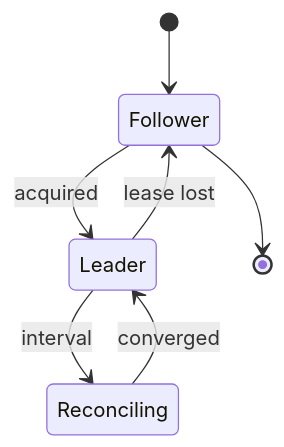
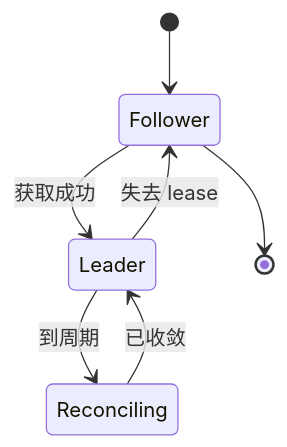
One commit to HSPK/tinyray changed the first of 2 diagrams in docs/03-modules/03-reconciliation.md. Above: the diagram before and after it, drawn with Mermaid. The commit also changed other lines of this file and 33 other files, not shown here.

````diff
--- a/docs/03-modules/03-reconciliation.md
+++ b/docs/03-modules/03-reconciliation.md
@@ -73,9 +71,9 @@
 ```mermaid
 stateDiagram-v2
     [*] --> Follower
-    Follower --> Leader : acquired
-    Leader --> Reconciling : interval
-    Reconciling --> Leader : converged
-    Leader --> Follower : lease lost
+    Follower --> Leader : 获取成功
+    Leader --> Reconciling : 到周期
+    Reconciling --> Leader : 已收敛
+    Leader --> Follower : 失去 lease
     Follower --> [*]
 ```
````
